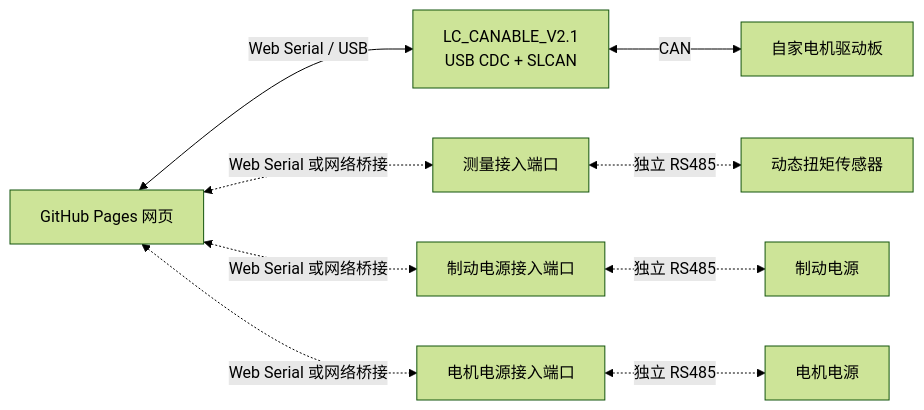
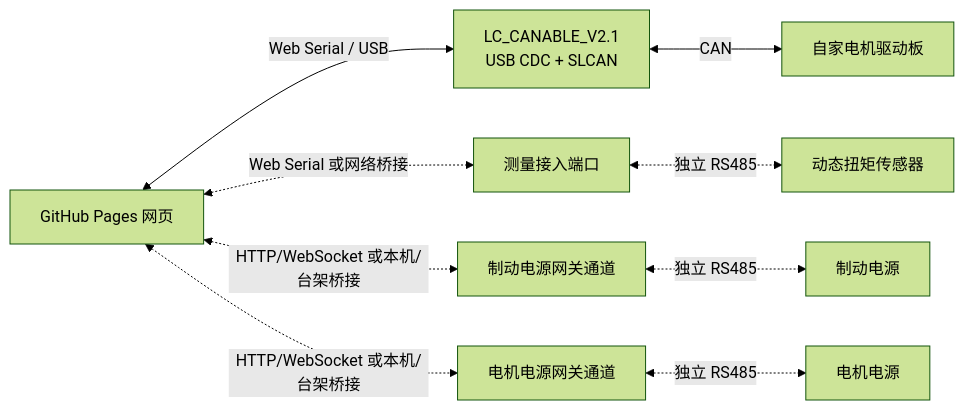
The second of 2 diagrams in docs/test-bench.md (Inntorque/motor-test-bench), drawn with Mermaid (forest theme) before and after one commit. The commit also changed other lines of this file and 4 other files, not shown here.

````diff
--- a/docs/test-bench.md
+++ b/docs/test-bench.md
@@ -47,11 +47,11 @@
 ```mermaid
 flowchart LR
     W[GitHub Pages 网页] <-->|Web Serial / USB| C["LC_CANABLE_V2.1<br/>USB CDC + SLCAN"]
     C <-->|CAN| D[自家电机驱动板]
     W <-.->|Web Serial 或网络桥接| R1[测量接入端口]
     R1 <-.->|独立 RS485| S[动态扭矩传感器]
-    W <-.->|Web Serial 或网络桥接| R2[制动电源接入端口]
+    W <-.->|HTTP/WebSocket 或本机/台架桥接| R2[制动电源网关通道]
     R2 <-.->|独立 RS485| P[制动电源]
-    W <-.->|Web Serial 或网络桥接| R3[电机电源接入端口]
+    W <-.->|HTTP/WebSocket 或本机/台架桥接| R3[电机电源网关通道]
     R3 <-.->|独立 RS485| MP[电机电源]
 ```
````
